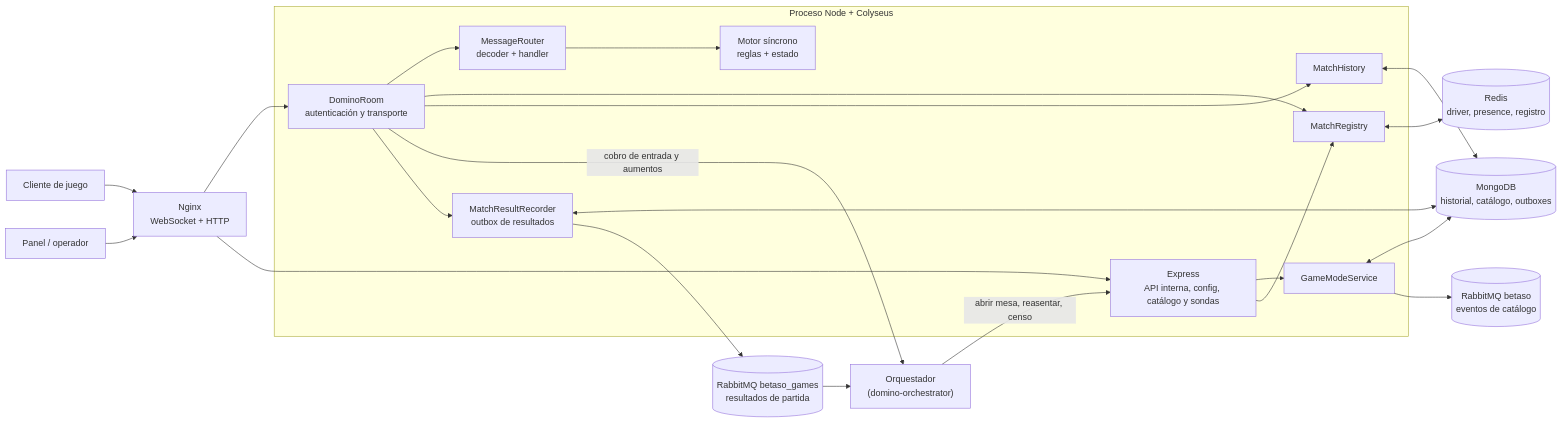
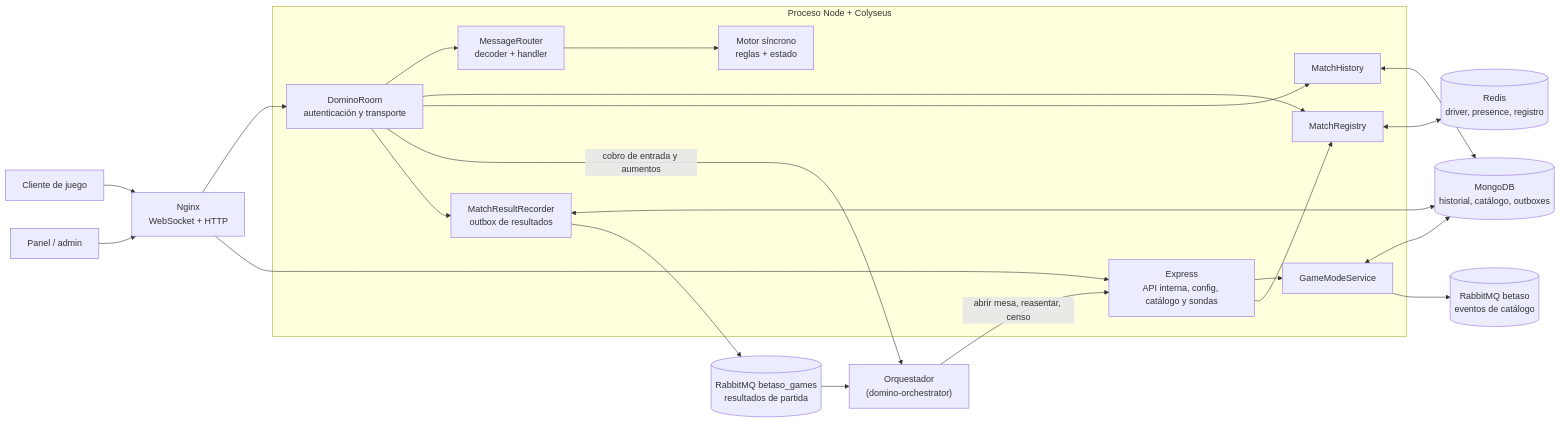
One commit to Betaso-Team/domino-backend-v2 changed the first of 5 diagrams in docs/arquitectura.md. Above: the diagram before and after it, drawn with Mermaid. The commit also changed 23 other files, not shown here.

````diff
--- a/docs/arquitectura.md
+++ b/docs/arquitectura.md
@@ -15,43 +15,43 @@
 ```mermaid
 flowchart LR
   Client["Cliente de juego"]
   Orch["Orquestador\n(domino-orchestrator)"]
-  Panel["Panel / operador"]
+  Panel["Panel / admin"]
   Proxy["Nginx\nWebSocket + HTTP"]
 
   subgraph Process["Proceso Node + Colyseus"]
     Room["DominoRoom\nautenticación y transporte"]
     Router["MessageRouter\ndecoder + handler"]
     Engine["Motor síncrono\nreglas + estado"]
     HTTP["Express\nAPI interna, config, catálogo y sondas"]
     Registry["MatchRegistry"]
     Catalog["GameModeService"]
     History["MatchHistory"]
     Results["MatchResultRecorder\noutbox de resultados"]
   end
 
   Redis[("Redis\ndriver, presence, registro")]
   Mongo[("MongoDB\nhistorial, catálogo, outboxes")]
   Rabbit[("RabbitMQ betaso\neventos de catálogo")]
   Games[("RabbitMQ betaso_games\nresultados de partida")]
 
   Client --> Proxy
   Panel --> Proxy
   Orch -->|"abrir mesa, reasentar, censo"| HTTP
   Proxy --> Room
   Proxy --> HTTP
   Room --> Router --> Engine
   Room --> Registry
   Room --> History
   Room -->|"cobro de entrada y aumentos"| Orch
   Room --> Results
   HTTP --> Catalog
   HTTP --> Registry
   Registry <--> Redis
   History <--> Mongo
   Catalog <--> Mongo
   Results <--> Mongo
   Catalog --> Rabbit
   Results --> Games
   Games --> Orch
 ```
````
